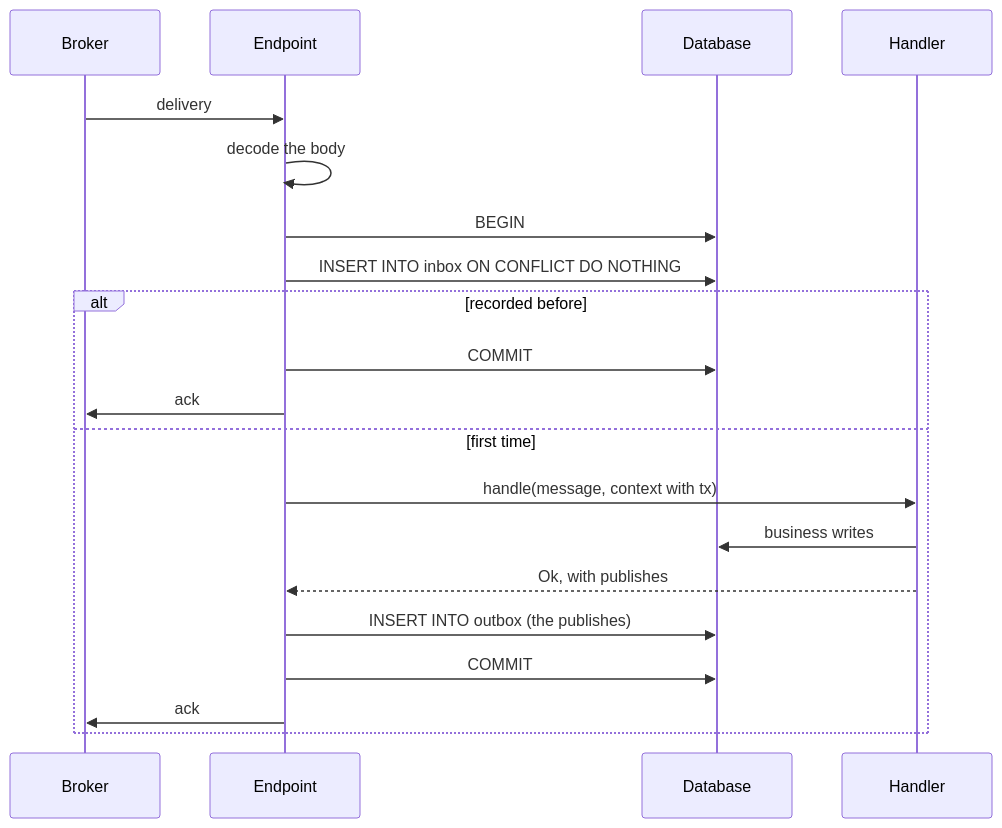
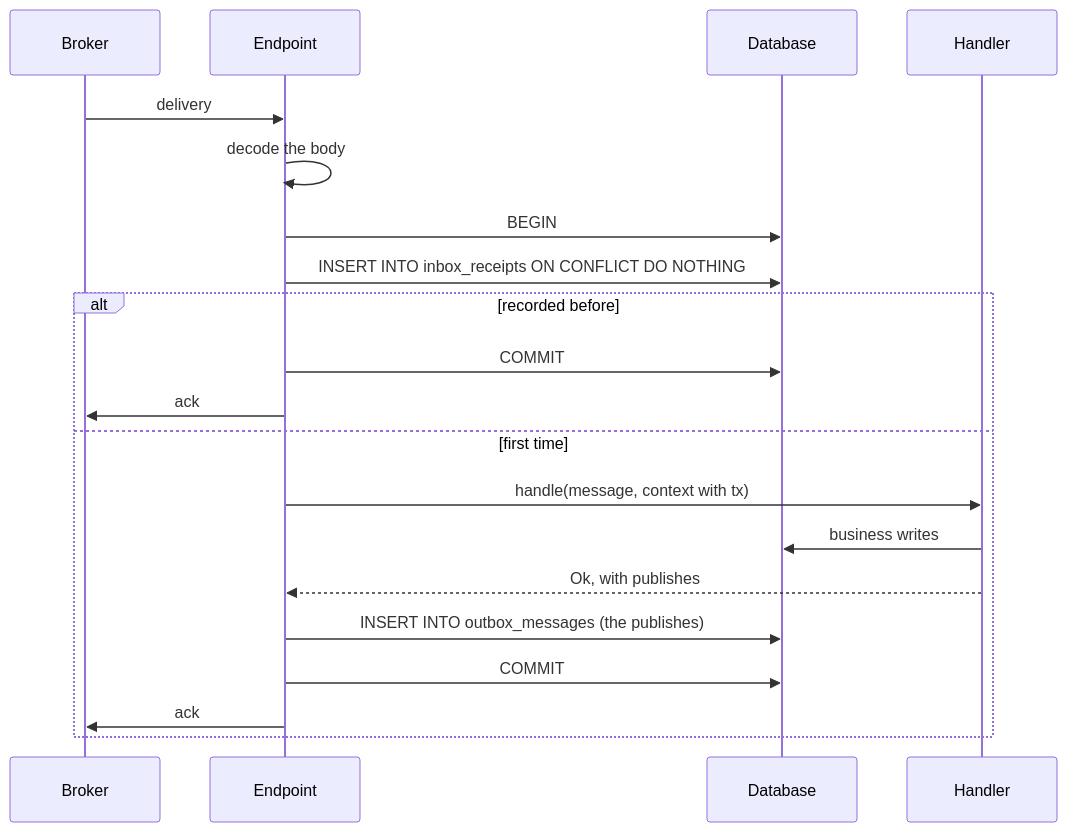
Before and after one commit to sisaio/sisa-messaging-rs: the third of 5 diagrams in docs/02-flows.md, drawn with Mermaid. The commit also changed other lines of this file and 1 other file, not shown here.

First line of the commit message:
docs: partition the outbox and inbox and never delete their rows

````diff
--- a/docs/02-flows.md
+++ b/docs/02-flows.md
@@ -47,22 +47,22 @@
 ```mermaid
 sequenceDiagram
     participant Broker
     participant Endpoint
     participant DB as Database
     participant Handler
     Broker->>Endpoint: delivery
     Endpoint->>Endpoint: decode the body
     Endpoint->>DB: BEGIN
-    Endpoint->>DB: INSERT INTO inbox ON CONFLICT DO NOTHING
+    Endpoint->>DB: INSERT INTO inbox_receipts ON CONFLICT DO NOTHING
     alt recorded before
         Endpoint->>DB: COMMIT
         Endpoint->>Broker: ack
     else first time
         Endpoint->>Handler: handle(message, context with tx)
         Handler->>DB: business writes
         Handler-->>Endpoint: Ok, with publishes
-        Endpoint->>DB: INSERT INTO outbox (the publishes)
+        Endpoint->>DB: INSERT INTO outbox_messages (the publishes)
         Endpoint->>DB: COMMIT
         Endpoint->>Broker: ack
     end
 ```
````
